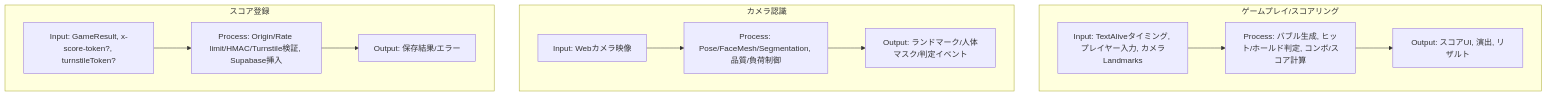
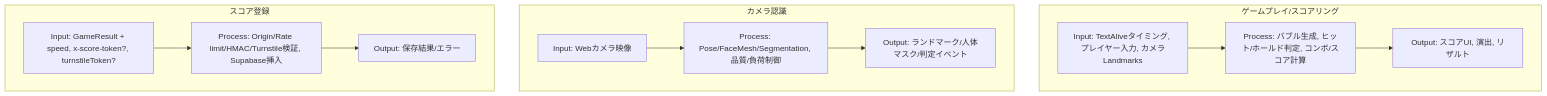
One commit to syusyusyusyu/star changed the third of 11 diagrams in README.md. Above: the diagram before and after it, drawn with Mermaid. The commit also changed other lines of this file, not shown here.

````diff
--- a/README.md
+++ b/README.md
@@ -228,23 +230,23 @@
 ```mermaid
 flowchart TB
   subgraph Gameplay[ゲームプレイ/スコアリング]
     GP_In[Input: TextAliveタイミング, プレイヤー入力, カメラLandmarks]
     GP_Proc[Process: バブル生成, ヒット/ホールド判定, コンボ/スコア計算]
     GP_Out[Output: スコアUI, 演出, リザルト]
     GP_In --> GP_Proc --> GP_Out
   end
 
   subgraph Camera[カメラ認識]
     C_In[Input: Webカメラ映像]
     C_Proc[Process: Pose/FaceMesh/Segmentation, 品質/負荷制御]
     C_Out[Output: ランドマーク/人体マスク/判定イベント]
     C_In --> C_Proc --> C_Out
   end
 
   subgraph ScoreSubmit[スコア登録]
-    S_In[Input: GameResult, x-score-token?, turnstileToken?]
+    S_In[Input: GameResult + speed, x-score-token?, turnstileToken?]
     S_Proc[Process: Origin/Rate limit/HMAC/Turnstile検証, Supabase挿入]
     S_Out[Output: 保存結果/エラー]
     S_In --> S_Proc --> S_Out
   end
 ```
````
